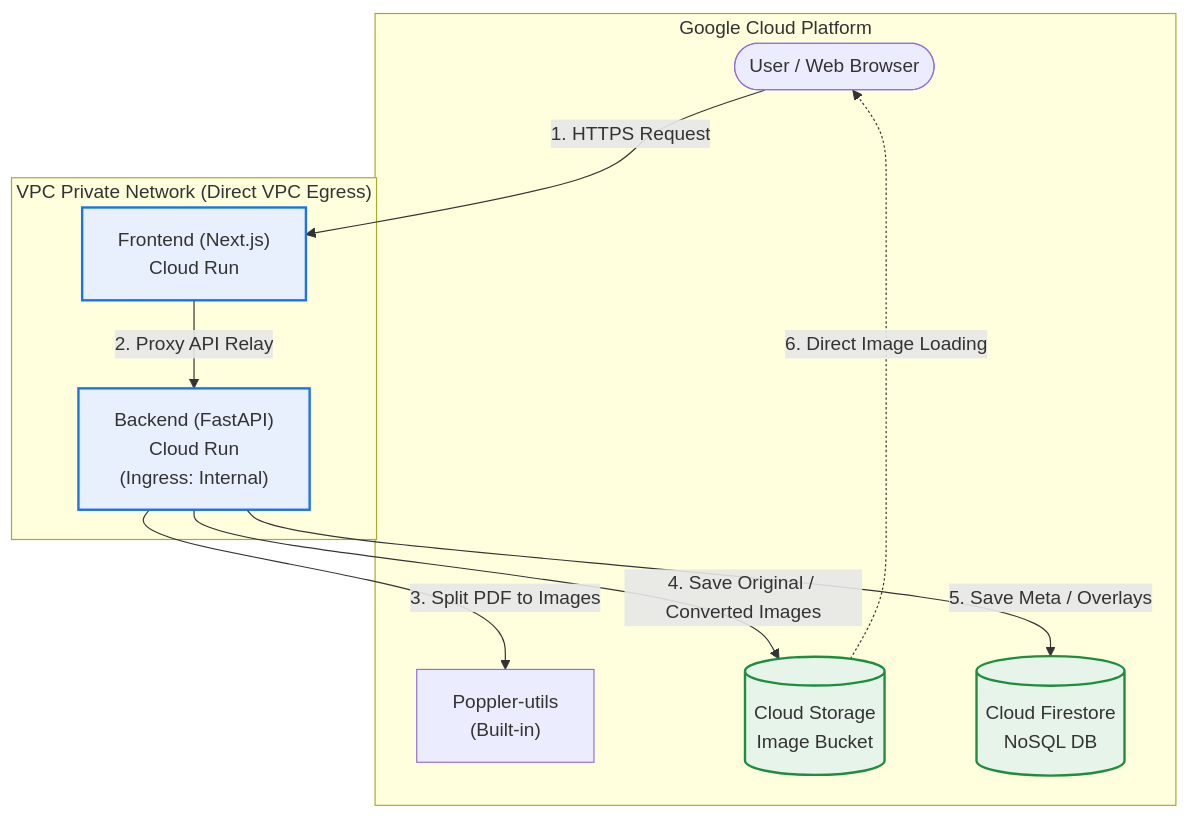
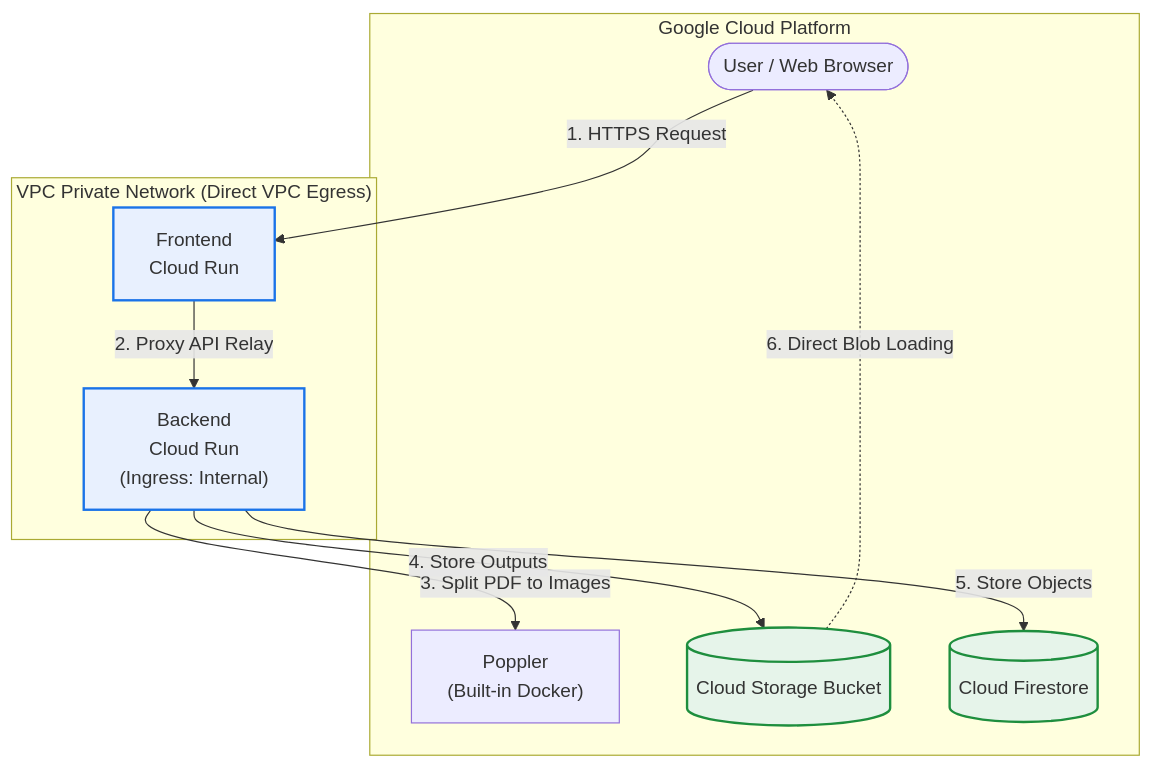
The diagram in README_EN.md (freeman9844/jjflipbook_test_001), drawn with Mermaid before and after one commit. The commit also changed other lines of this file and 14 other files, not shown here.

Commit message:
docs: Update README with highly detailed Cloud Run networking and React hydration fixes

````diff
--- a/README_EN.md
+++ b/README_EN.md
@@ -95,21 +142,20 @@
 ```mermaid
 graph TD
-    User([User / Web Browser]) -->|1. HTTPS Request| FE_Run["Frontend (Next.js) <br> Cloud Run"];
+    User([User / Web Browser]) -->|1. HTTPS Request| FE_Run["Frontend <br> Cloud Run"];
     
     subgraph VPC ["VPC Private Network (Direct VPC Egress)"]
-        FE_Run -->|2. Proxy API Relay| BE_Run["Backend (FastAPI) <br> Cloud Run <br> (Ingress: Internal)"];
+        FE_Run -->|2. Proxy API Relay| BE_Run["Backend <br> Cloud Run <br> (Ingress: Internal)"];
     end
     
     subgraph Google Cloud Platform
-        BE_Run -->|3. Split PDF to Images| Poppler["Poppler-utils <br> (Built-in)"];
-        BE_Run -->|4. Save Original / Converted Images| GCS[("Cloud Storage <br> Image Bucket")];
-        BE_Run -->|5. Save Meta / Overlays| Firestore[("Cloud Firestore <br> NoSQL DB")];
-        
-        GCS -.->|6. Direct Image Loading| User;
+        BE_Run -->|3. Split PDF to Images| Poppler["Poppler <br> (Built-in Docker)"];
+        BE_Run -->|4. Store Outputs| GCS[("Cloud Storage Bucket")];
+        BE_Run -->|5. Store Objects| Firestore[("Cloud Firestore")];
+        GCS -.->|6. Direct Blob Loading| User;
     end
 
     style FE_Run fill:#e8f0fe,stroke:#1a73e8,stroke-width:2px
     style BE_Run fill:#e8f0fe,stroke:#1a73e8,stroke-width:2px
     style GCS fill:#e6f4ea,stroke:#1e8e3e,stroke-width:2px
     style Firestore fill:#e6f4ea,stroke:#1e8e3e,stroke-width:2px
 ```
````
